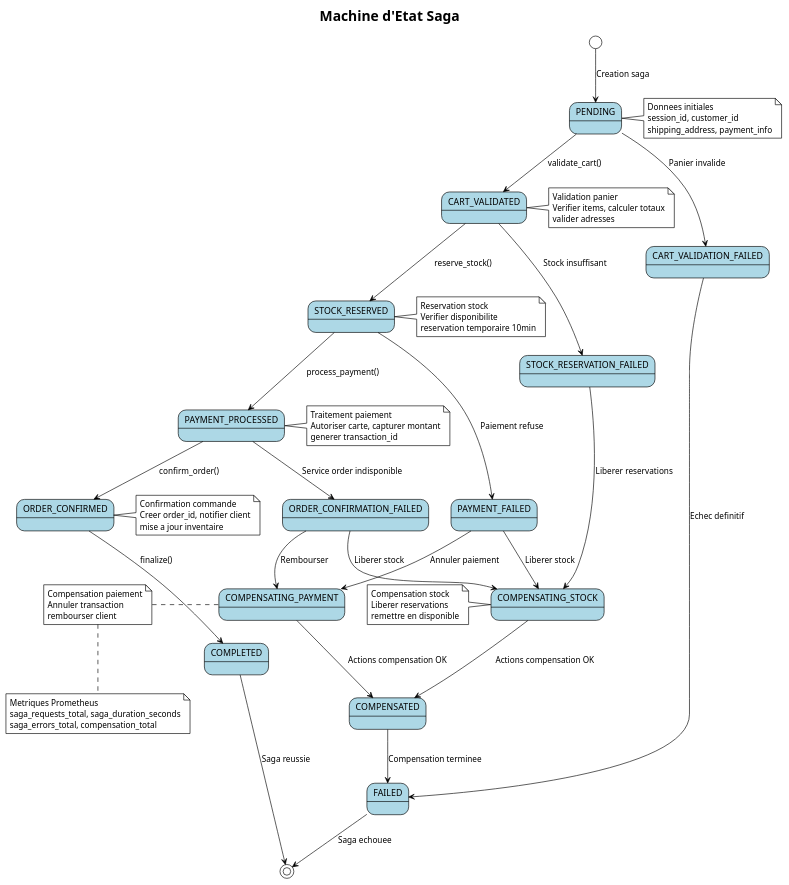
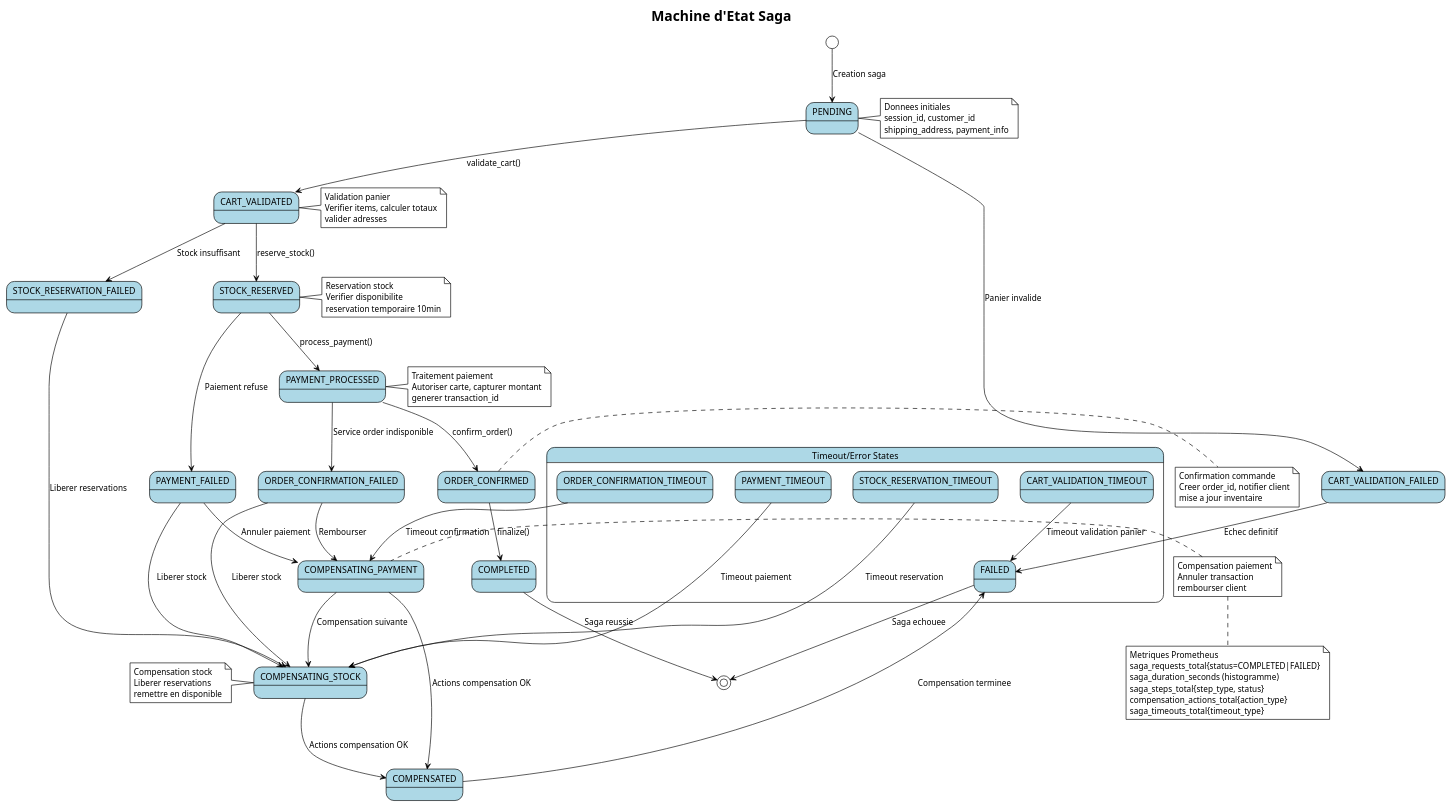
Before and after one commit to MelvinSDRS/log430-lab7-bis: the diagram in docs/uml/saga-state-machine.puml, drawn with PlantUML. The commit also changed 62 other files, not shown here.

```diff
--- a/docs/uml/saga-state-machine.puml
+++ b/docs/uml/saga-state-machine.puml
@@ -1,57 +1,65 @@
 @startuml saga-state-machine
 
 !theme plain
 
 title Machine d'Etat Saga
 
 skinparam state {
   BackgroundColor lightblue
   BorderColor black
   StartColor green
   EndColor red
 }
 
 [*] --> PENDING : Creation saga
 
 PENDING --> CART_VALIDATED : validate_cart()
 CART_VALIDATED --> STOCK_RESERVED : reserve_stock()
 STOCK_RESERVED --> PAYMENT_PROCESSED : process_payment()
 PAYMENT_PROCESSED --> ORDER_CONFIRMED : confirm_order()
 ORDER_CONFIRMED --> COMPLETED : finalize()
 
 PENDING --> CART_VALIDATION_FAILED : Panier invalide
 CART_VALIDATED --> STOCK_RESERVATION_FAILED : Stock insuffisant
 STOCK_RESERVED --> PAYMENT_FAILED : Paiement refuse
 PAYMENT_PROCESSED --> ORDER_CONFIRMATION_FAILED : Service order indisponible
 
 STOCK_RESERVATION_FAILED --> COMPENSATING_STOCK : Liberer reservations
 PAYMENT_FAILED --> COMPENSATING_STOCK : Liberer stock
 PAYMENT_FAILED --> COMPENSATING_PAYMENT : Annuler paiement
 ORDER_CONFIRMATION_FAILED --> COMPENSATING_PAYMENT : Rembourser
 ORDER_CONFIRMATION_FAILED --> COMPENSATING_STOCK : Liberer stock
 
 COMPENSATING_STOCK --> COMPENSATED : Actions compensation OK
 COMPENSATING_PAYMENT --> COMPENSATED : Actions compensation OK
+COMPENSATING_PAYMENT --> COMPENSATING_STOCK : Compensation suivante
+
+state "Timeout/Error States" as TIMEOUT_STATES {
+  CART_VALIDATION_TIMEOUT --> FAILED : Timeout validation panier
+  STOCK_RESERVATION_TIMEOUT --> COMPENSATING_STOCK : Timeout reservation
+  PAYMENT_TIMEOUT --> COMPENSATING_STOCK : Timeout paiement
+  ORDER_CONFIRMATION_TIMEOUT --> COMPENSATING_PAYMENT : Timeout confirmation
+}
 
 CART_VALIDATION_FAILED --> FAILED : Echec definitif
 COMPENSATED --> FAILED : Compensation terminee
 COMPLETED --> [*] : Saga reussie
 FAILED --> [*] : Saga echouee
 
 note right of PENDING : Donnees initiales\nsession_id, customer_id\nshipping_address, payment_info
 
 note right of CART_VALIDATED : Validation panier\nVerifier items, calculer totaux\nvalider adresses
 
 note right of STOCK_RESERVED : Reservation stock\nVerifier disponibilite\nreservation temporaire 10min
 
 note right of PAYMENT_PROCESSED : Traitement paiement\nAutoriser carte, capturer montant\ngenerer transaction_id
 
 note right of ORDER_CONFIRMED : Confirmation commande\nCreer order_id, notifier client\nmise a jour inventaire
 
 note left of COMPENSATING_STOCK : Compensation stock\nLiberer reservations\nremettre en disponible
 
 note left of COMPENSATING_PAYMENT : Compensation paiement\nAnnuler transaction\nrembourser client
 
-note bottom : Metriques Prometheus\nsaga_requests_total, saga_duration_seconds\nsaga_errors_total, compensation_total
+note bottom : Metriques Prometheus\nsaga_requests_total{status=COMPLETED|FAILED}\nsaga_duration_seconds (histogramme)\nsaga_steps_total{step_type, status}\ncompensation_actions_total{action_type}\nsaga_timeouts_total{timeout_type}
 
 @enduml
```
